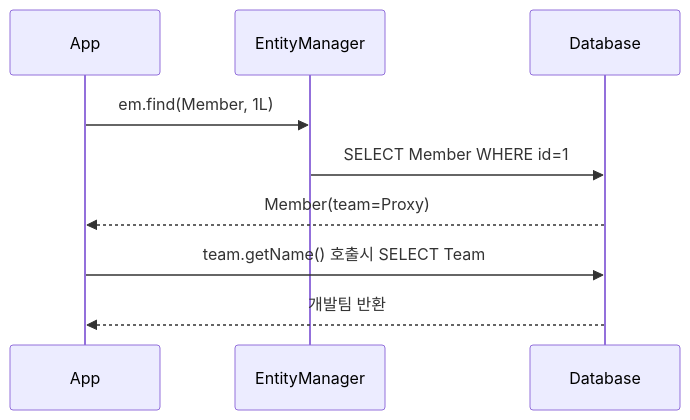
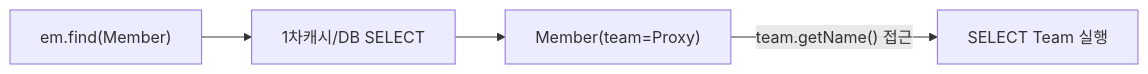
Before and after one commit to yjkim2015/yjkim2015.github.io: the sixth of 10 diagrams in _posts/jpa/2026-05-01-jpa-fundamentals.md, drawn with Mermaid. The commit also changed other lines of this file and 163 other files, not shown here.

First line of the commit message:
Mermaid 300개 블록 내용 축소: 5노드 5엣지 이하, 의미 있는 약어

````diff
--- a/_posts/jpa/2026-05-01-jpa-fundamentals.md
+++ b/_posts/jpa/2026-05-01-jpa-fundamentals.md
@@ -228,11 +224,6 @@
 ```mermaid
-sequenceDiagram
-    participant App as App
-    participant EM as EntityManager
-    participant DB as Database
-    App->>EM: em.find(Member, 1L)
-    EM->>DB: SELECT Member WHERE id=1
-    DB-->>App: Member(team=Proxy)
-    App->>DB: team.getName() 호출시 SELECT Team
-    DB-->>App: 개발팀 반환
+graph LR
+    A["em.find(Member)"] --> B["1차캐시/DB SELECT"]
+    B --> C["Member(team=Proxy)"]
+    C -->|"team.getName() 접근"| D["SELECT Team 실행"]
 ```
````
